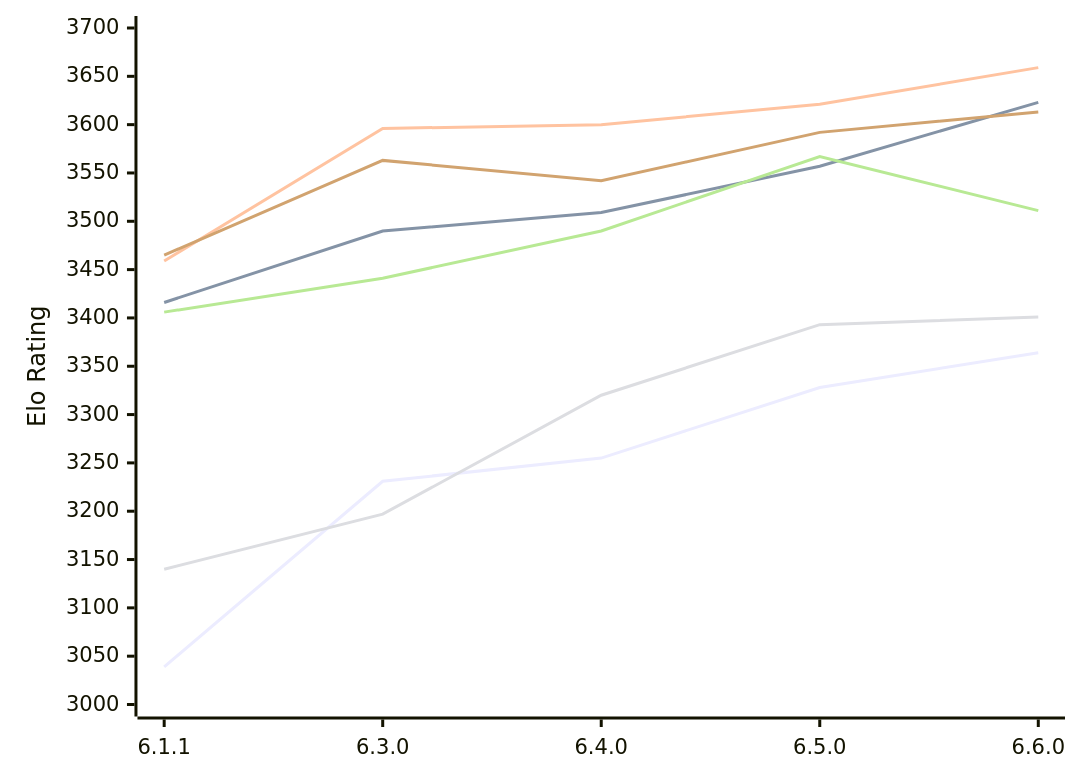
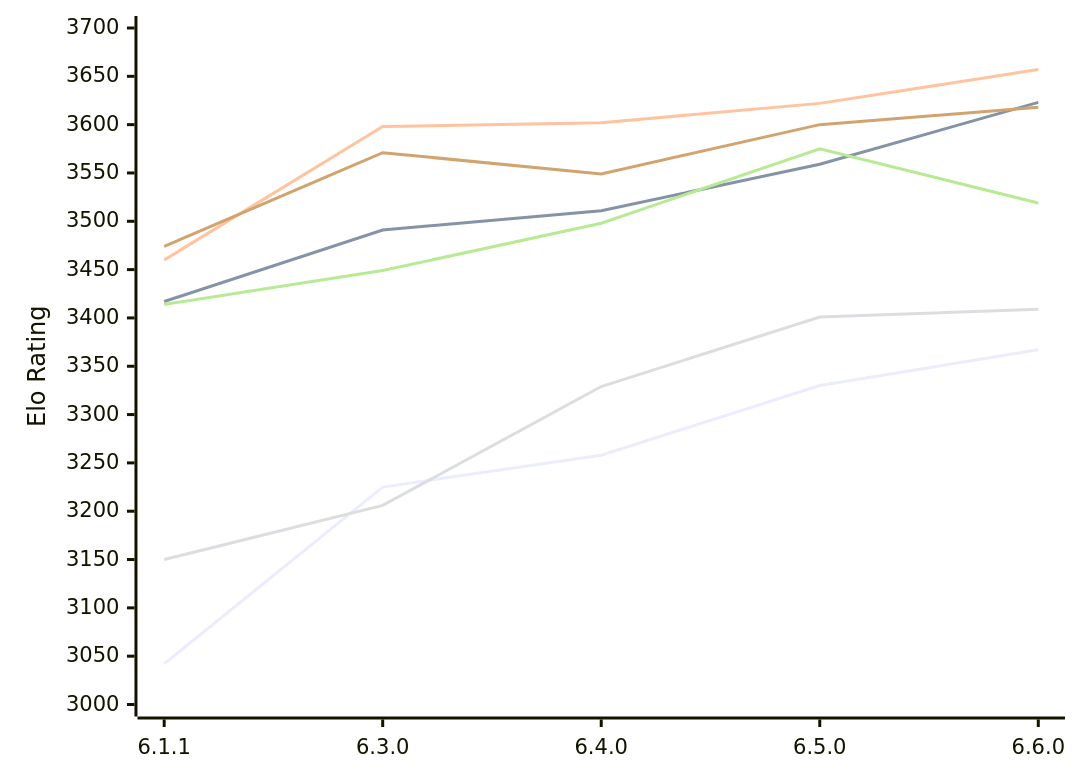
One commit to computer-chess-index/cci changed the first of 2 diagrams in engines/Zigqueen.md. Above: the diagram before and after it, drawn with Mermaid. The commit also changed other lines of this file, not shown here.

Commit message:
Update CCI Ratings (ELO VLTC) - 2026-11-25

````diff
--- a/engines/Zigqueen.md
+++ b/engines/Zigqueen.md
@@ -59,12 +59,12 @@
 ```mermaid
 %%{init: {"theme":"base","themeVariables":{"seriesColors:['#a3a3a3','#222221','#faa371']}}}%%
 xychart-beta
   x-axis ["6.1.1", "6.3.0", "6.4.0", "6.5.0", "6.6.0"]
   y-axis "Elo Rating" 3000 --> 3700
-  line "E1: STC (8.0+0.08s)" [3039, 3231, 3255, 3328, 3364]
-  line "E1: LTC (60.0+0.60s)" [3416, 3490, 3509, 3557, 3623]
-  line "E1: VLTC (2m24s+1.12s)" [3459, 3596, 3600, 3621, 3659]
-  line "P1: STC (8.0+0.08s)" [3140, 3197, 3320, 3393, 3401]
-  line "P1: LTC (60.0+0.60s)" [3406, 3441, 3490, 3567, 3511]
-  line "P1: VLTC (2m24s+1.12s)" [3465, 3563, 3542, 3592, 3613]
+  line "E1: STC (8.0+0.08s)" [3042, 3225, 3258, 3330, 3367]
+  line "E1: LTC (60.0+0.60s)" [3417, 3491, 3511, 3559, 3623]
+  line "E1: VLTC (2m24s+1.12s)" [3460, 3598, 3602, 3622, 3657]
+  line "P1: STC (8.0+0.08s)" [3150, 3206, 3329, 3401, 3409]
+  line "P1: LTC (60.0+0.60s)" [3414, 3449, 3498, 3575, 3519]
+  line "P1: VLTC (2m24s+1.12s)" [3474, 3571, 3549, 3600, 3618]
 ```
````
